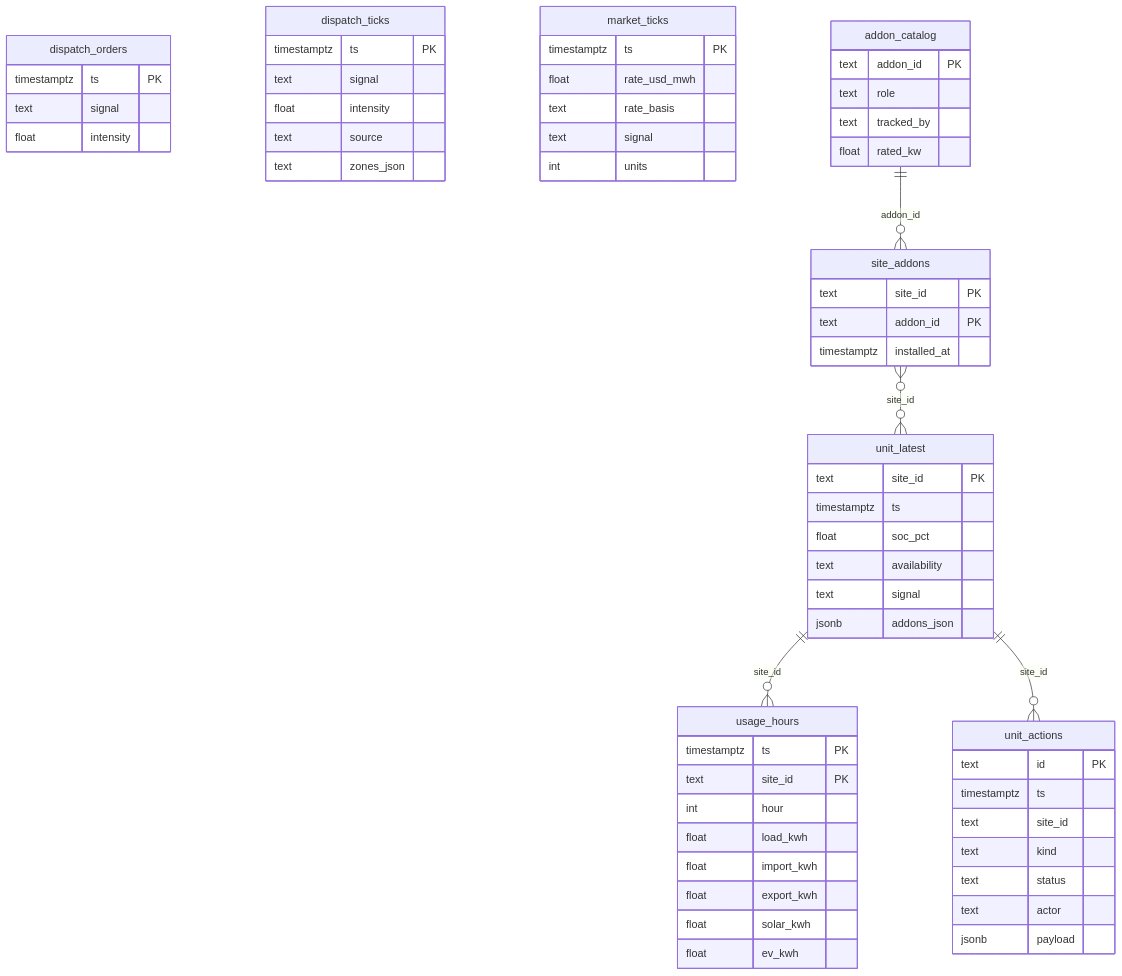
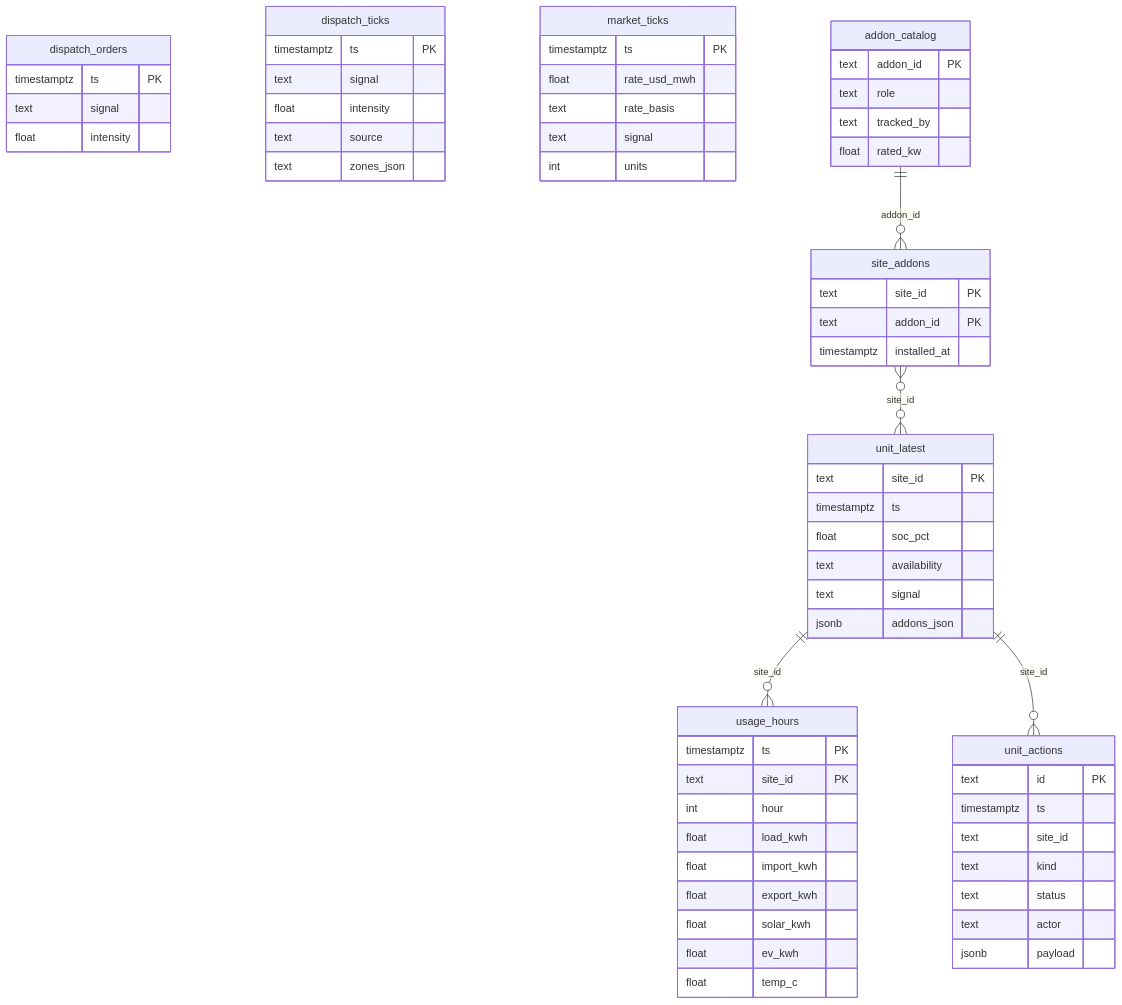
The diagram in docs/data-model.md (alkarboly/grid-state-machine), drawn with Mermaid before and after one commit. The commit also changed other lines of this file and 19 other files, not shown here.

````diff
--- a/docs/data-model.md
+++ b/docs/data-model.md
@@ -11,65 +11,66 @@
 ```mermaid
 erDiagram
   dispatch_orders {
     timestamptz ts PK
     text signal
     float intensity
   }
   dispatch_ticks {
     timestamptz ts PK
     text signal
     float intensity
     text source
     text zones_json
   }
   market_ticks {
     timestamptz ts PK
     float rate_usd_mwh
     text rate_basis
     text signal
     int units
   }
   unit_latest {
     text site_id PK
     timestamptz ts
     float soc_pct
     text availability
     text signal
     jsonb addons_json
   }
   usage_hours {
     timestamptz ts PK
     text site_id PK
     int hour
     float load_kwh
     float import_kwh
     float export_kwh
     float solar_kwh
     float ev_kwh
+    float temp_c
   }
   addon_catalog {
     text addon_id PK
     text role
     text tracked_by
     float rated_kw
   }
   site_addons {
     text site_id PK
     text addon_id PK
     timestamptz installed_at
   }
   unit_actions {
     text id PK
     timestamptz ts
     text site_id
     text kind
     text status
     text actor
     jsonb payload
   }
 
   addon_catalog ||--o{ site_addons : "addon_id"
   site_addons }o--o{ unit_latest : "site_id"
   unit_latest ||--o{ usage_hours : "site_id"
   unit_latest ||--o{ unit_actions : "site_id"
 ```
````
